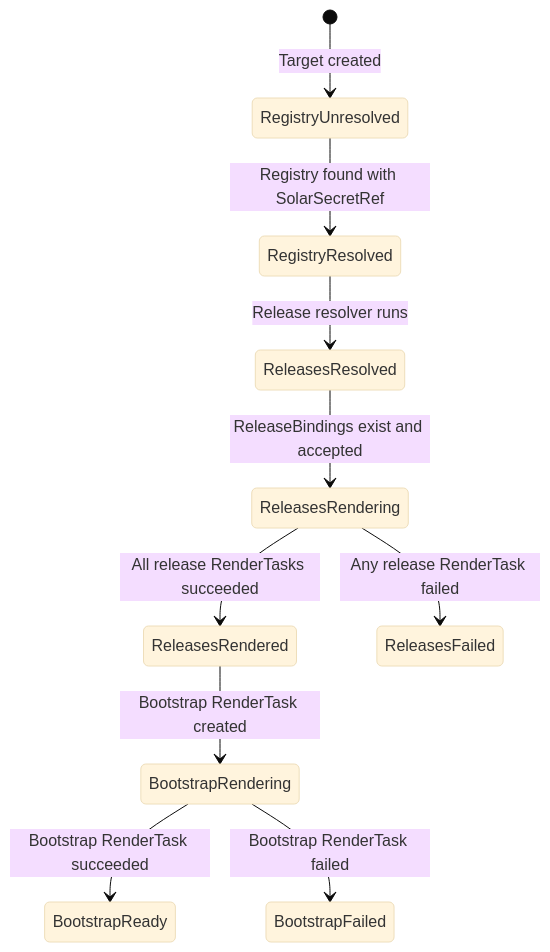
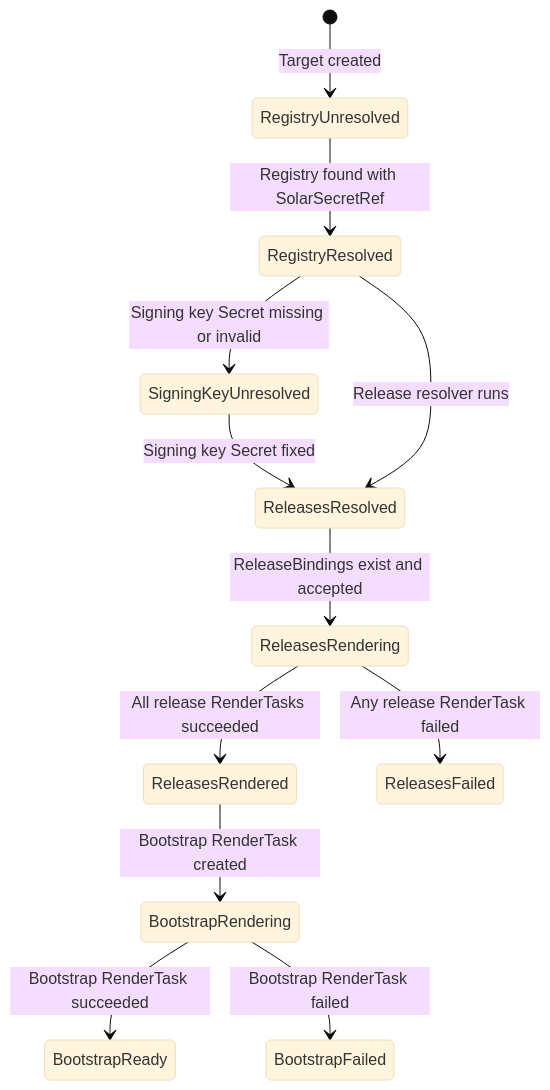
One commit to opendefensecloud/solution-arsenal changed the second of 5 diagrams in docs/developer-guide/target_controller.md. Above: the diagram before and after it, drawn with Mermaid (base theme). The commit also changed other lines of this file and 1 other file, not shown here.

Commit message:
docs: describe the signing key condition and job wiring

````diff
--- a/docs/developer-guide/target_controller.md
+++ b/docs/developer-guide/target_controller.md
@@ -57,12 +57,14 @@
 ```mermaid
 stateDiagram-v2
     [*] --> RegistryUnresolved: Target created
     RegistryUnresolved --> RegistryResolved: Registry found with SolarSecretRef
+    RegistryResolved --> SigningKeyUnresolved: Signing key Secret missing or invalid
+    SigningKeyUnresolved --> ReleasesResolved: Signing key Secret fixed
     RegistryResolved --> ReleasesResolved: Release resolver runs
     ReleasesResolved --> ReleasesRendering: ReleaseBindings exist and accepted
     ReleasesRendering --> ReleasesRendered: All release RenderTasks succeeded
     ReleasesRendered --> BootstrapRendering: Bootstrap RenderTask created
     BootstrapRendering --> BootstrapReady: Bootstrap RenderTask succeeded
     BootstrapRendering --> BootstrapFailed: Bootstrap RenderTask failed
     ReleasesRendering --> ReleasesFailed: Any release RenderTask failed
 ```
````
